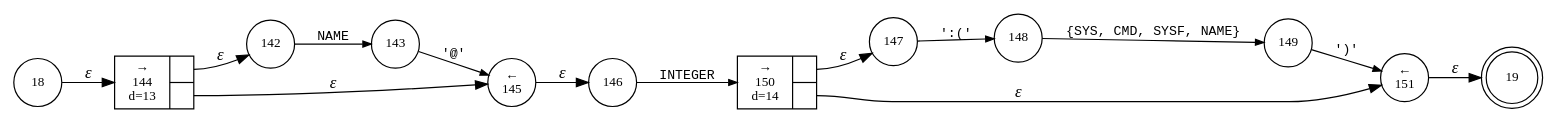
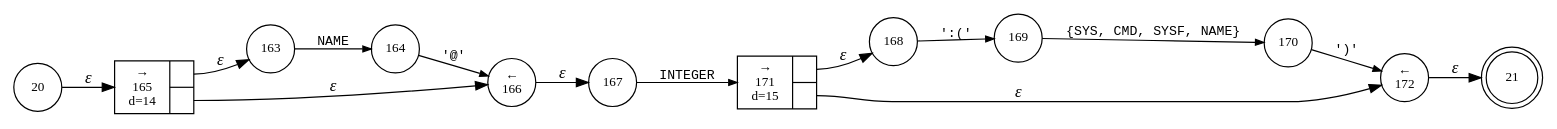
The diagram in internal/parser/Bund.integer_term.dot (vulogov/Bund2), drawn with Graphviz before and after one commit. The commit also changed 74 other files, not shown here.

```diff
--- a/internal/parser/Bund.integer_term.dot
+++ b/internal/parser/Bund.integer_term.dot
@@ -1,28 +1,28 @@
 digraph ATN {
 rankdir=LR;
-s19[fontsize=11, label="19", shape=doublecircle, fixedsize=true, width=.6];
-s144[fontsize=11,label="{&rarr;\n144\nd=13|{<p0>|<p1>}}", shape=record, fixedsize=false, peripheries=1];
-s145[fontsize=11,label="&larr;\n145", shape=circle, fixedsize=true, width=.55, peripheries=1];
-s18[fontsize=11,label="18", shape=circle, fixedsize=true, width=.55, peripheries=1];
-s146[fontsize=11,label="146", shape=circle, fixedsize=true, width=.55, peripheries=1];
-s147[fontsize=11,label="147", shape=circle, fixedsize=true, width=.55, peripheries=1];
-s148[fontsize=11,label="148", shape=circle, fixedsize=true, width=.55, peripheries=1];
-s149[fontsize=11,label="149", shape=circle, fixedsize=true, width=.55, peripheries=1];
-s150[fontsize=11,label="{&rarr;\n150\nd=14|{<p0>|<p1>}}", shape=record, fixedsize=false, peripheries=1];
-s151[fontsize=11,label="&larr;\n151", shape=circle, fixedsize=true, width=.55, peripheries=1];
-s142[fontsize=11,label="142", shape=circle, fixedsize=true, width=.55, peripheries=1];
-s143[fontsize=11,label="143", shape=circle, fixedsize=true, width=.55, peripheries=1];
-s18 -> s144 [fontname="Times-Italic", label="&epsilon;"];
-s144:p0 -> s142 [fontname="Times-Italic", label="&epsilon;"];
-s144:p1 -> s145 [fontname="Times-Italic", label="&epsilon;"];
-s142 -> s143 [fontsize=11, fontname="Courier", arrowsize=.7, label = "NAME", arrowhead = normal];
-s145 -> s146 [fontname="Times-Italic", label="&epsilon;"];
-s143 -> s145 [fontsize=11, fontname="Courier", arrowsize=.7, label = "'@'", arrowhead = normal];
-s146 -> s150 [fontsize=11, fontname="Courier", arrowsize=.7, label = "INTEGER", arrowhead = normal];
-s150:p0 -> s147 [fontname="Times-Italic", label="&epsilon;"];
-s150:p1 -> s151 [fontname="Times-Italic", label="&epsilon;"];
-s147 -> s148 [fontsize=11, fontname="Courier", arrowsize=.7, label = "':('", arrowhead = normal];
-s151 -> s19 [fontname="Times-Italic", label="&epsilon;"];
-s148 -> s149 [fontsize=11, fontname="Courier", arrowsize=.7, label = "{SYS, CMD, SYSF, NAME}", arrowhead = normal];
-s149 -> s151 [fontsize=11, fontname="Courier", arrowsize=.7, label = "')'", arrowhead = normal];
+s21[fontsize=11, label="21", shape=doublecircle, fixedsize=true, width=.6];
+s163[fontsize=11,label="163", shape=circle, fixedsize=true, width=.55, peripheries=1];
+s20[fontsize=11,label="20", shape=circle, fixedsize=true, width=.55, peripheries=1];
+s164[fontsize=11,label="164", shape=circle, fixedsize=true, width=.55, peripheries=1];
+s165[fontsize=11,label="{&rarr;\n165\nd=14|{<p0>|<p1>}}", shape=record, fixedsize=false, peripheries=1];
+s166[fontsize=11,label="&larr;\n166", shape=circle, fixedsize=true, width=.55, peripheries=1];
+s167[fontsize=11,label="167", shape=circle, fixedsize=true, width=.55, peripheries=1];
+s168[fontsize=11,label="168", shape=circle, fixedsize=true, width=.55, peripheries=1];
+s169[fontsize=11,label="169", shape=circle, fixedsize=true, width=.55, peripheries=1];
+s170[fontsize=11,label="170", shape=circle, fixedsize=true, width=.55, peripheries=1];
+s171[fontsize=11,label="{&rarr;\n171\nd=15|{<p0>|<p1>}}", shape=record, fixedsize=false, peripheries=1];
+s172[fontsize=11,label="&larr;\n172", shape=circle, fixedsize=true, width=.55, peripheries=1];
+s20 -> s165 [fontname="Times-Italic", label="&epsilon;"];
+s165:p0 -> s163 [fontname="Times-Italic", label="&epsilon;"];
+s165:p1 -> s166 [fontname="Times-Italic", label="&epsilon;"];
+s163 -> s164 [fontsize=11, fontname="Courier", arrowsize=.7, label = "NAME", arrowhead = normal];
+s166 -> s167 [fontname="Times-Italic", label="&epsilon;"];
+s164 -> s166 [fontsize=11, fontname="Courier", arrowsize=.7, label = "'@'", arrowhead = normal];
+s167 -> s171 [fontsize=11, fontname="Courier", arrowsize=.7, label = "INTEGER", arrowhead = normal];
+s171:p0 -> s168 [fontname="Times-Italic", label="&epsilon;"];
+s171:p1 -> s172 [fontname="Times-Italic", label="&epsilon;"];
+s168 -> s169 [fontsize=11, fontname="Courier", arrowsize=.7, label = "':('", arrowhead = normal];
+s172 -> s21 [fontname="Times-Italic", label="&epsilon;"];
+s169 -> s170 [fontsize=11, fontname="Courier", arrowsize=.7, label = "{SYS, CMD, SYSF, NAME}", arrowhead = normal];
+s170 -> s172 [fontsize=11, fontname="Courier", arrowsize=.7, label = "')'", arrowhead = normal];
 }
```
